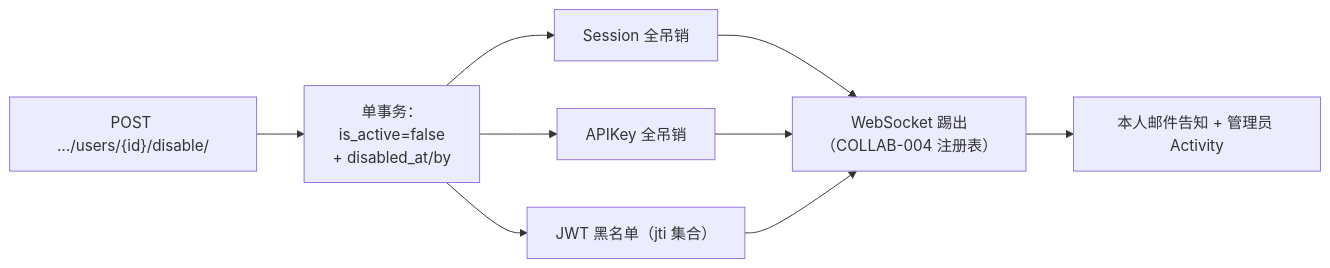
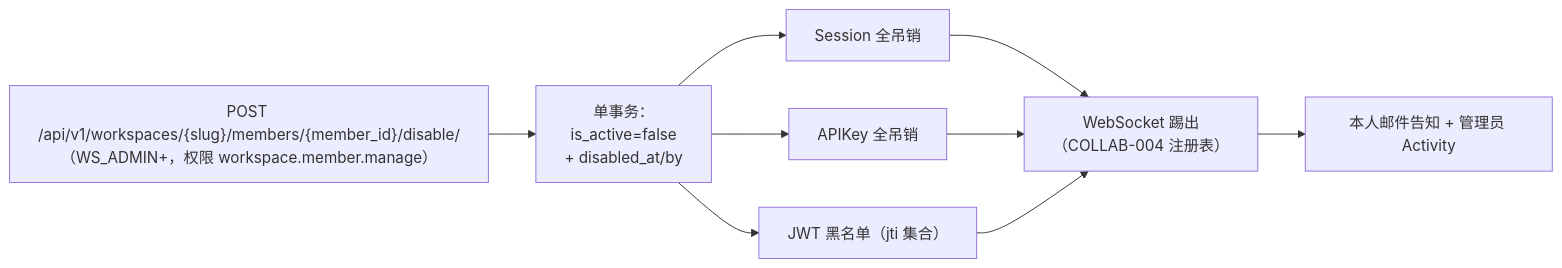
The third of 3 diagrams in docs/sprint-5-integration-standard/AUTH-006-row-level-security.md (RabbitAI-Lab/RabbitProjects), drawn with Mermaid before and after one commit. The commit also changed other lines of this file and 7 other files, not shown here.

````diff
--- a/docs/sprint-5-integration-standard/AUTH-006-row-level-security.md
+++ b/docs/sprint-5-integration-standard/AUTH-006-row-level-security.md
@@ -147,11 +156,11 @@
 ```mermaid
 flowchart LR
-    D["POST …/users/{id}/disable/"] --> T["单事务：<br/>is_active=false<br/>+ disabled_at/by"]
+    D["POST /api/v1/workspaces/{slug}/members/{member_id}/disable/<br/>（WS_ADMIN+，权限 workspace.member.manage）"] --> T["单事务：<br/>is_active=false<br/>+ disabled_at/by"]
     T --> R1["Session 全吊销"]
     T --> R2["APIKey 全吊销"]
     T --> R3["JWT 黑名单（jti 集合）"]
     R1 --> W["WebSocket 踢出<br/>（COLLAB-004 注册表）"]
     R2 --> W
     R3 --> W
     W --> N["本人邮件告知 + 管理员 Activity"]
 ```
````
